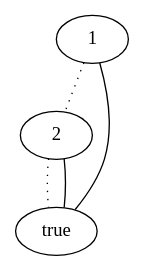
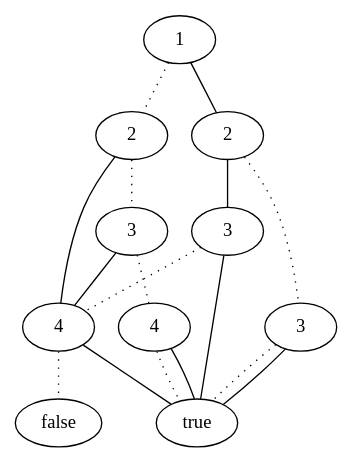
One commit to Shutelu/sorbonne-m1-ouv-ocaml changed the diagram in my_ldv.dot. Above: the diagram before and after it, drawn with Graphviz. The commit also changed 5 other files, not shown here.

```diff
--- a/my_ldv.dot
+++ b/my_ldv.dot
@@ -1,9 +1,28 @@
 graph G {
-0 [label="2"];
-1 [label="true"];
-0 -- 1 [style=dotted];
-0 -- 1 [style=solid];
-2 [label="1"];
-2 -- 0 [style=dotted];
-2 -- 1 [style=solid];
+0 [label="true"];
+1 [label="4"];
+1 -- 0 [style=dotted];
+1 -- 0 [style=solid];
+2 [label="false"];
+3 [label="4"];
+3 -- 2 [style=dotted];
+3 -- 0 [style=solid];
+4 [label="3"];
+4 -- 1 [style=dotted];
+4 -- 3 [style=solid];
+5 [label="2"];
+5 -- 4 [style=dotted];
+5 -- 3 [style=solid];
+6 [label="3"];
+6 -- 0 [style=dotted];
+6 -- 0 [style=solid];
+7 [label="3"];
+7 -- 3 [style=dotted];
+7 -- 0 [style=solid];
+8 [label="2"];
+8 -- 6 [style=dotted];
+8 -- 7 [style=solid];
+9 [label="1"];
+9 -- 5 [style=dotted];
+9 -- 8 [style=solid];
 }
```
